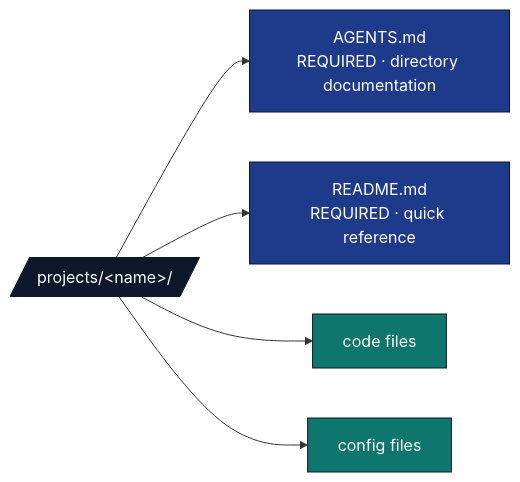
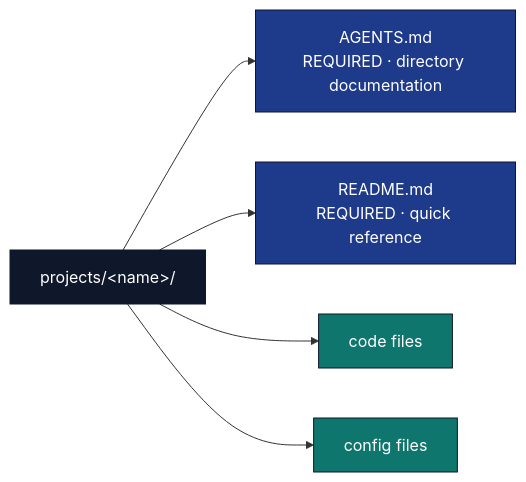
One commit to docxology/template changed the third of 7 diagrams in docs/rules/folder_structure.md. Above: the diagram before and after it, drawn with Mermaid. The commit also changed other lines of this file and 94 other files, not shown here.

````diff
--- a/docs/rules/folder_structure.md
+++ b/docs/rules/folder_structure.md
@@ -143,15 +143,15 @@
 ```mermaid
 flowchart LR
-    P[/projects/&lt;name&gt;//]
+    P[projects/&lt;name&gt;/]
     P --> AG[AGENTS.md<br/>REQUIRED · directory documentation]
     P --> RD[README.md<br/>REQUIRED · quick reference]
     P --> CODE[code files]
     P --> CFG[config files]
 
     classDef d fill:#0f172a,stroke:#0f172a,color:#fff
     classDef req fill:#1e3a8a,stroke:#0f172a,color:#fff
     classDef opt fill:#0f766e,stroke:#0f172a,color:#fff
     class P d
     class AG,RD req
     class CODE,CFG opt
 ```
````
